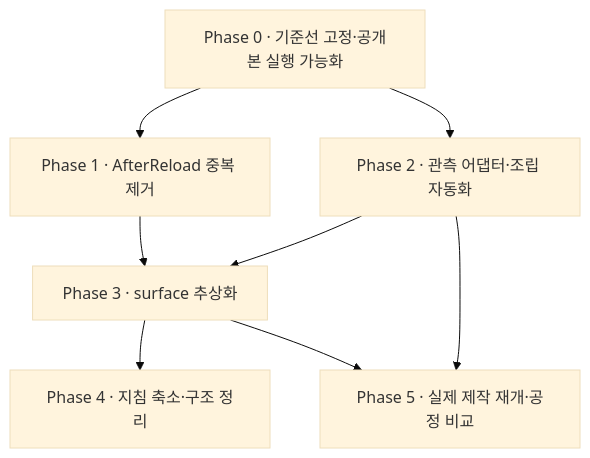
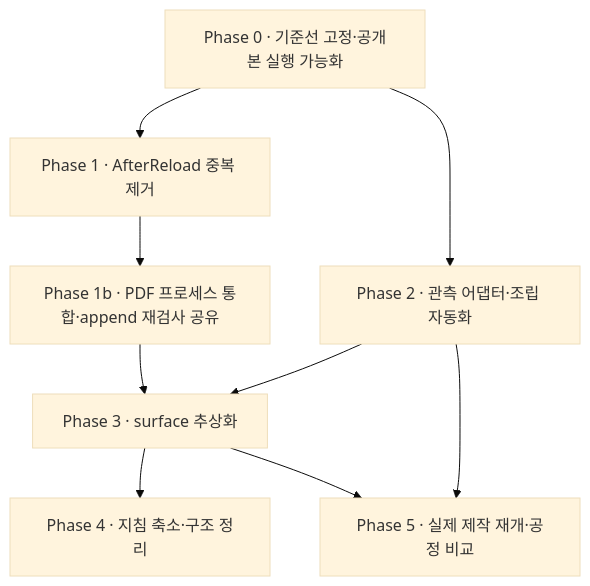
One commit to HDHhhdhh/HDHsubi changed the third of 3 diagrams in docs/refactor-plan.md. Above: the diagram before and after it, drawn with Mermaid (base theme). The commit also changed other lines of this file and 2 other files, not shown here.

First line of the commit message:
docs: Phase 1b 지시서 · PDF 검증 프로세스 통합과 append 재검사 공유

````diff
--- a/docs/refactor-plan.md
+++ b/docs/refactor-plan.md
@@ -110,10 +110,11 @@
 ```mermaid
 flowchart TD
     P0[Phase 0 · 기준선 고정·공개본 실행 가능화] --> P1[Phase 1 · AfterReload 중복 제거]
+    P1 --> P1b[Phase 1b · PDF 프로세스 통합·append 재검사 공유]
     P0 --> P2[Phase 2 · 관측 어댑터·조립 자동화]
-    P1 --> P3[Phase 3 · surface 추상화]
+    P1b --> P3[Phase 3 · surface 추상화]
     P2 --> P3
     P3 --> P4[Phase 4 · 지침 축소·구조 정리]
     P2 --> P5[Phase 5 · 실제 제작 재개·공정 비교]
     P3 --> P5
 ```
````
